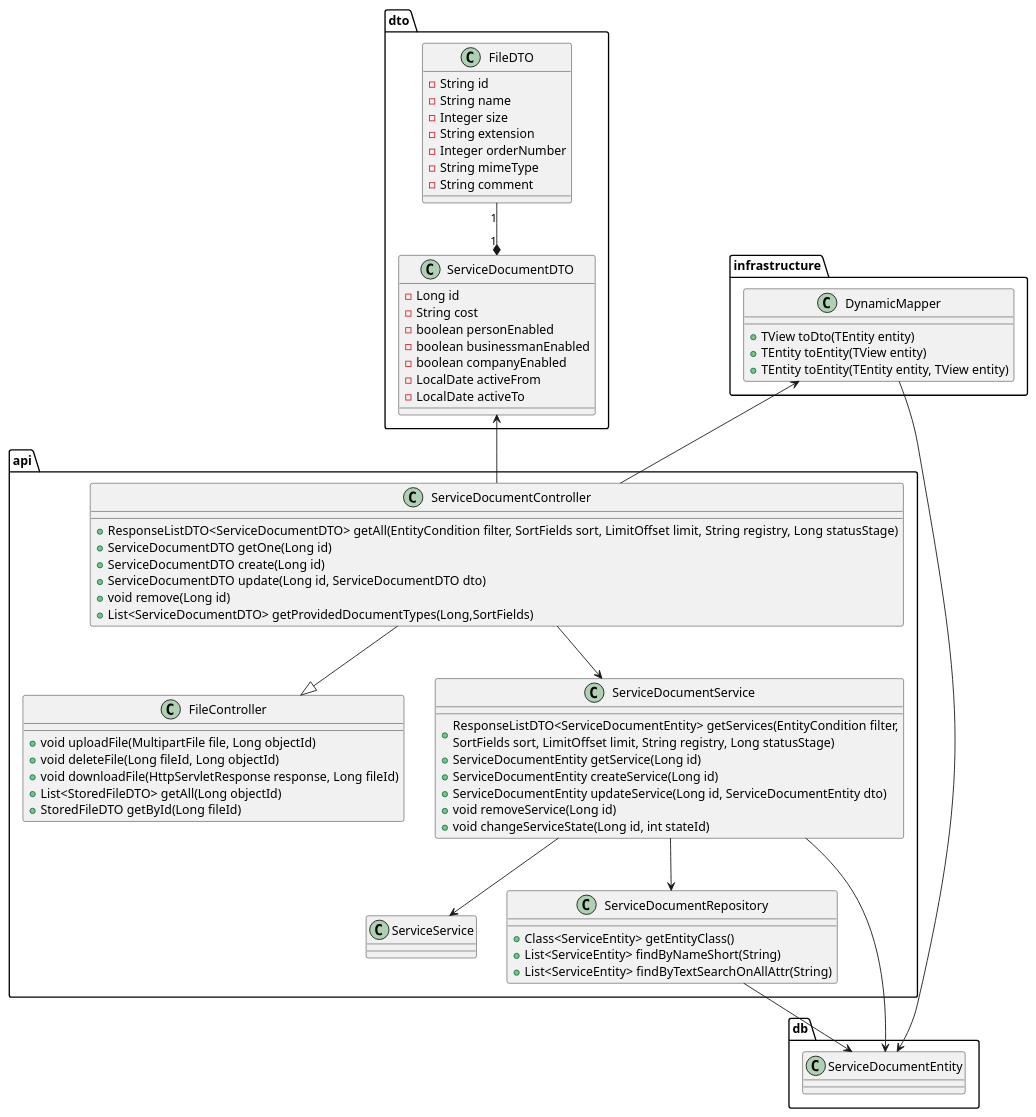
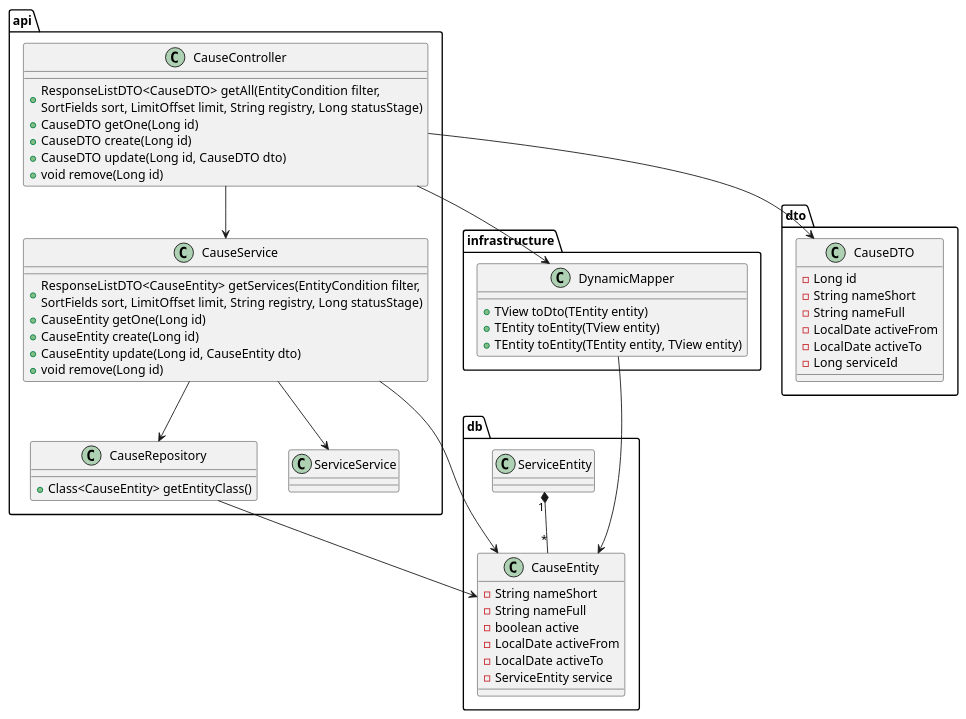
The diagram in api-classes-services-cause.puml (yespeace13/path-to-end), drawn with PlantUML before and after one commit. The commit also changed 5 other files, not shown here.

```diff
--- a/api-classes-services-cause.puml
+++ b/api-classes-services-cause.puml
@@ -1,82 +1,74 @@
 @startuml
-page 4x1
-top to bottom direction
-class api.FileController {
-  + void uploadFile(MultipartFile file, Long objectId)
-  + void deleteFile(Long fileId, Long objectId)
-  + void downloadFile(HttpServletResponse response, Long fileId)
-  + List<StoredFileDTO> getAll(Long objectId)
-  + StoredFileDTO getById(Long fileId)
-}
+package api {
+  class CauseController {
+    + ResponseListDTO<CauseDTO> getAll(EntityCondition filter,\nSortFields sort, LimitOffset limit, String registry, Long statusStage)
+    + CauseDTO getOne(Long id)
+    + CauseDTO create(Long id)
+    + CauseDTO update(Long id, CauseDTO dto)
+    + void remove(Long id)
+  }
 
-class api.ServiceDocumentController {
-  + ResponseListDTO<ServiceDocumentDTO> getAll(EntityCondition filter, SortFields sort, LimitOffset limit, String registry, Long statusStage)
-  + ServiceDocumentDTO getOne(Long id)
-  + ServiceDocumentDTO create(Long id)
-  + ServiceDocumentDTO update(Long id, ServiceDocumentDTO dto)
-  + void remove(Long id)
-  + List<ServiceDocumentDTO> getProvidedDocumentTypes(Long,SortFields)
-}
-class api.ServiceService {
+  class CauseService {
+    + ResponseListDTO<CauseEntity> getServices(EntityCondition filter,\nSortFields sort, LimitOffset limit, String registry, Long statusStage)
+    + CauseEntity getOne(Long id)
+    + CauseEntity create(Long id)
+    + CauseEntity update(Long id, CauseEntity dto)
+    + void remove(Long id)
+  }
 
-}
+  class CauseRepository {
+    + Class<CauseEntity> getEntityClass()
+  }
 
-
-class api.ServiceDocumentService {
-  + ResponseListDTO<ServiceDocumentEntity> getServices(EntityCondition filter,\nSortFields sort, LimitOffset limit, String registry, Long statusStage)
-  + ServiceDocumentEntity getService(Long id)
-  + ServiceDocumentEntity createService(Long id)
-  + ServiceDocumentEntity updateService(Long id, ServiceDocumentEntity dto)
-  + void removeService(Long id)
-  + void changeServiceState(Long id, int stateId)
+  class ServiceService {
+  }
 }
 
 class infrastructure.DynamicMapper {
   + TView toDto(TEntity entity)
   + TEntity toEntity(TView entity)
   + TEntity toEntity(TEntity entity, TView entity)
 }
 
-class dto.ServiceDocumentDTO {
+class dto.CauseDTO {
 - Long id
-- String cost
-- boolean personEnabled
-- boolean businessmanEnabled
-- boolean companyEnabled
+- String nameShort
+- String nameFull
 - LocalDate activeFrom
 - LocalDate activeTo
+- Long serviceId
 }
 
-class dto.FileDTO {
-- String id
-- String name
-- Integer size
-- String extension
-- Integer orderNumber
-- String mimeType
-- String comment
+package db {
+  class CauseEntity {
+  - String nameShort
+  - String nameFull
+  - boolean active
+  - LocalDate activeFrom
+  - LocalDate activeTo
+  - ServiceEntity service
+  }
+
+  class ServiceEntity {
+
+  }
+
+  ServiceEntity "1" *-- "*" CauseEntity
 }
-ServiceDocumentDTO "1" *-u- "1" FileDTO
+CauseController --> CauseDTO
+CauseController --> CauseService
+CauseController --> DynamicMapper
 
+CauseService --> CauseRepository
+CauseService --> CauseEntity
+CauseService --> ServiceService
 
-class api.ServiceDocumentRepository {
-+ Class<ServiceEntity> getEntityClass()
-+ List<ServiceEntity> findByNameShort(String)
-+ List<ServiceEntity> findByTextSearchOnAllAttr(String)
-}
+CauseRepository --> CauseEntity
 
-class db.ServiceDocumentEntity {
-}
+DynamicMapper --> CauseEntity
 
-ServiceDocumentController --|> FileController
-
-ServiceDocumentController -u-> ServiceDocumentDTO
-ServiceDocumentController --> ServiceDocumentService
-ServiceDocumentController -u-> DynamicMapper
-ServiceDocumentService --> ServiceDocumentRepository
-ServiceDocumentRepository --> ServiceDocumentEntity
-ServiceDocumentService --> ServiceDocumentEntity
-DynamicMapper --> ServiceDocumentEntity
-ServiceDocumentService --> ServiceService
-
+'interface repositories.AbstractRepository {
+'}
+'
+'CauseRepository --|> AbstractRepository
 @enduml
```
